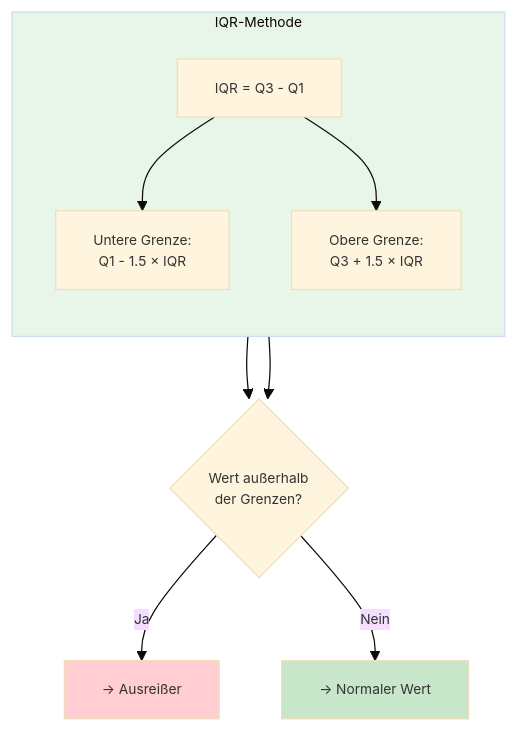
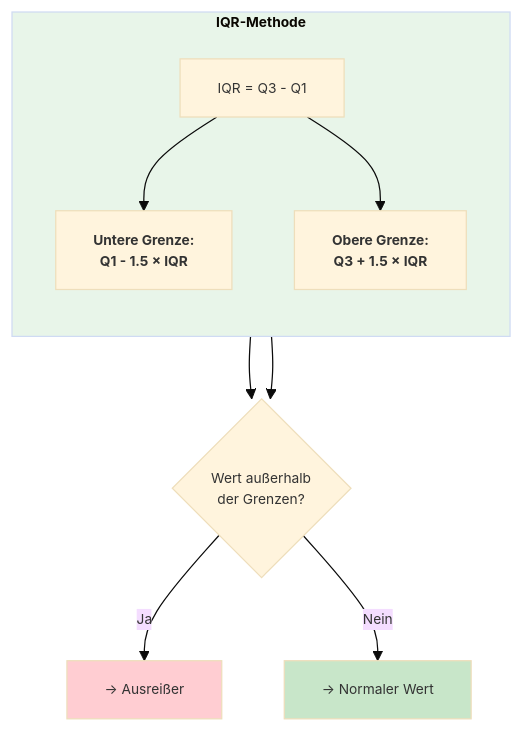
The sixth of 10 diagrams in docs/concepts/prepare/outlier.md (ralf-42/ML_Intro), drawn with Mermaid before and after one commit. The commit also changed other lines of this file and 4 other files, not shown here.

````diff
--- a/docs/concepts/prepare/outlier.md
+++ b/docs/concepts/prepare/outlier.md
@@ -174,23 +174,23 @@
 ```mermaid
 %%{init: {'theme': 'base', 'themeVariables': {'fontSize': '11px'}}}%%
 flowchart TB
-    subgraph iqr["IQR-Methode"]
+    subgraph iqr["<b>IQR-Methode"]
         direction TB
         calc["IQR = Q3 - Q1"]
-        lower["Untere Grenze:<br/>Q1 - 1.5 × IQR"]
-        upper["Obere Grenze:<br/>Q3 + 1.5 × IQR"]
+        lower["<b>Untere Grenze:<br/>Q1 - 1.5 × IQR"]
+        upper["<b>Obere Grenze:<br/>Q3 + 1.5 × IQR"]
     end
 
     calc --> lower
     calc --> upper
 
     lower --> outlier_check{"Wert außerhalb<br/>der Grenzen?"}
     upper --> outlier_check
 
     outlier_check -->|"Ja"| is_outlier["→ Ausreißer"]
     outlier_check -->|"Nein"| normal["→ Normaler Wert"]
 
     style iqr fill:#e8f5e9
     style is_outlier fill:#ffcdd2
     style normal fill:#c8e6c9
 ```
````
